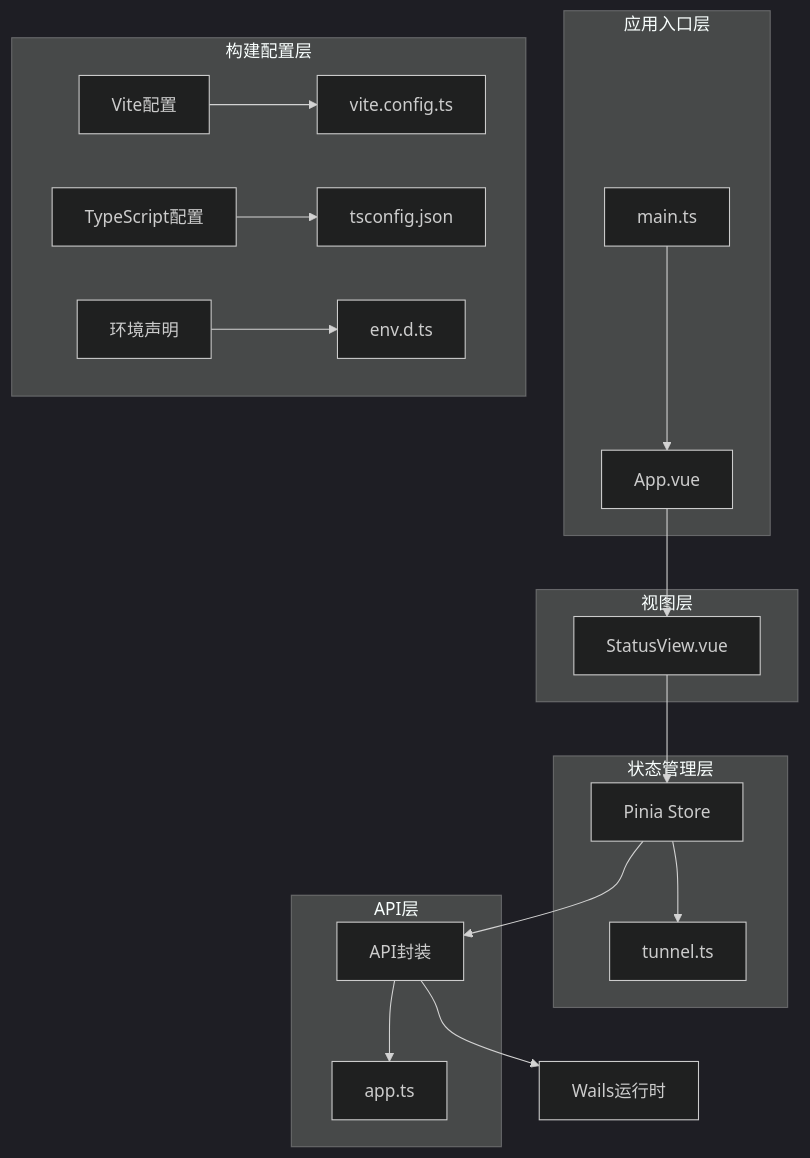
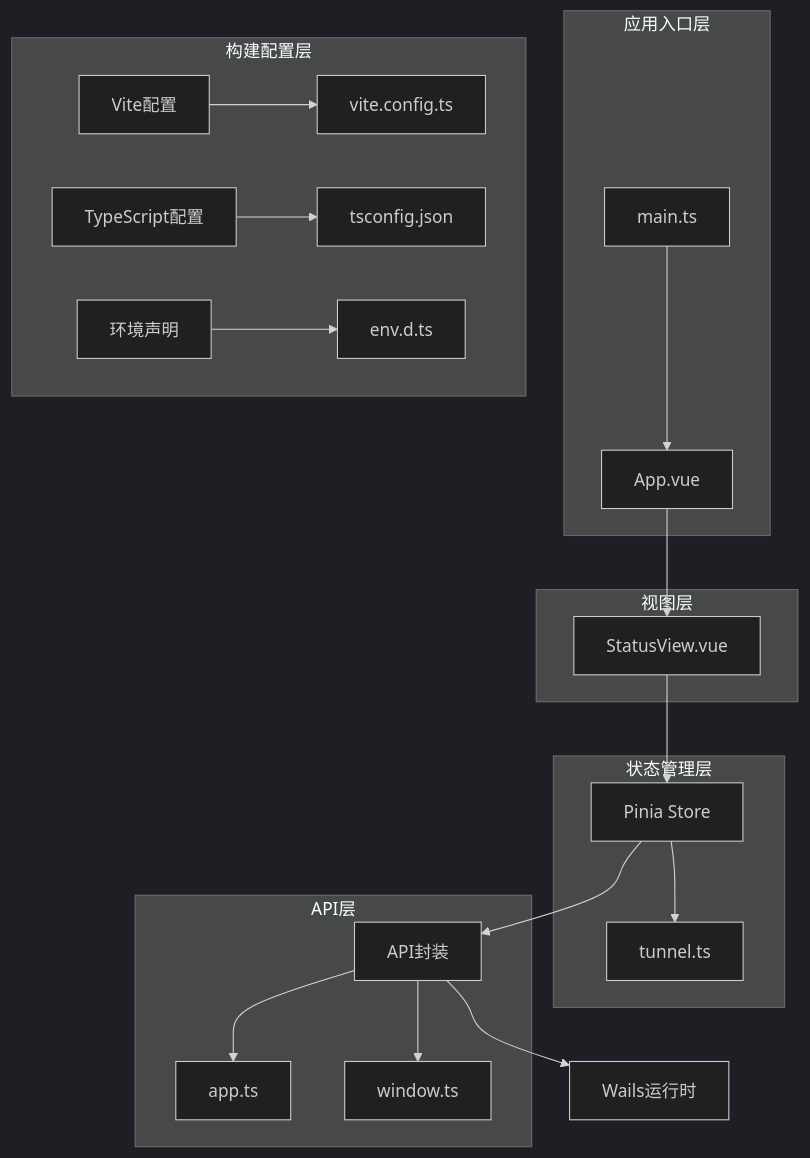
One commit to itsharex/NexTunnel changed the first of 24 diagrams in .qoder/repowiki/zh/content/架构设计/桌面端架构设计/前端架构设计/Vue组件系统架构.md. Above: the diagram before and after it, drawn with Mermaid (dark theme). The commit also changed other lines of this file and 41 other files, not shown here.

````diff
--- a/.qoder/repowiki/zh/content/架构设计/桌面端架构设计/前端架构设计/Vue组件系统架构.md
+++ b/.qoder/repowiki/zh/content/架构设计/桌面端架构设计/前端架构设计/Vue组件系统架构.md
@@ -38,23 +41,24 @@
 ```mermaid
 graph TB
 subgraph "应用入口层"
 A[main.ts] --> B[App.vue]
 end
 subgraph "视图层"
 B --> C[StatusView.vue]
 end
 subgraph "状态管理层"
 D[Pinia Store] --> E[tunnel.ts]
 end
 subgraph "API层"
 F[API封装] --> G[app.ts]
+F --> H[window.ts]
 end
 subgraph "构建配置层"
-H[Vite配置] --> I[vite.config.ts]
-J[TypeScript配置] --> K[tsconfig.json]
-L[环境声明] --> M[env.d.ts]
+I[Vite配置] --> J[vite.config.ts]
+K[TypeScript配置] --> L[tsconfig.json]
+M[环境声明] --> N[env.d.ts]
 end
 C --> D
 D --> F
-F --> N[Wails运行时]
+F --> O[Wails运行时]
 ```
````
